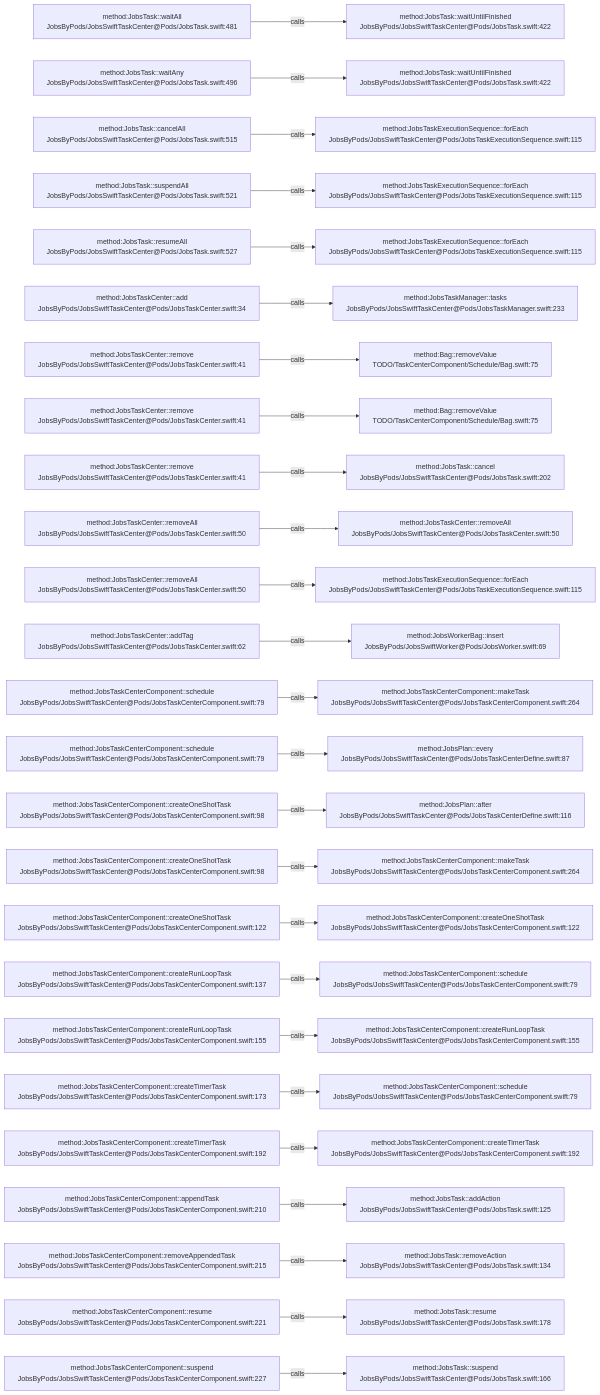
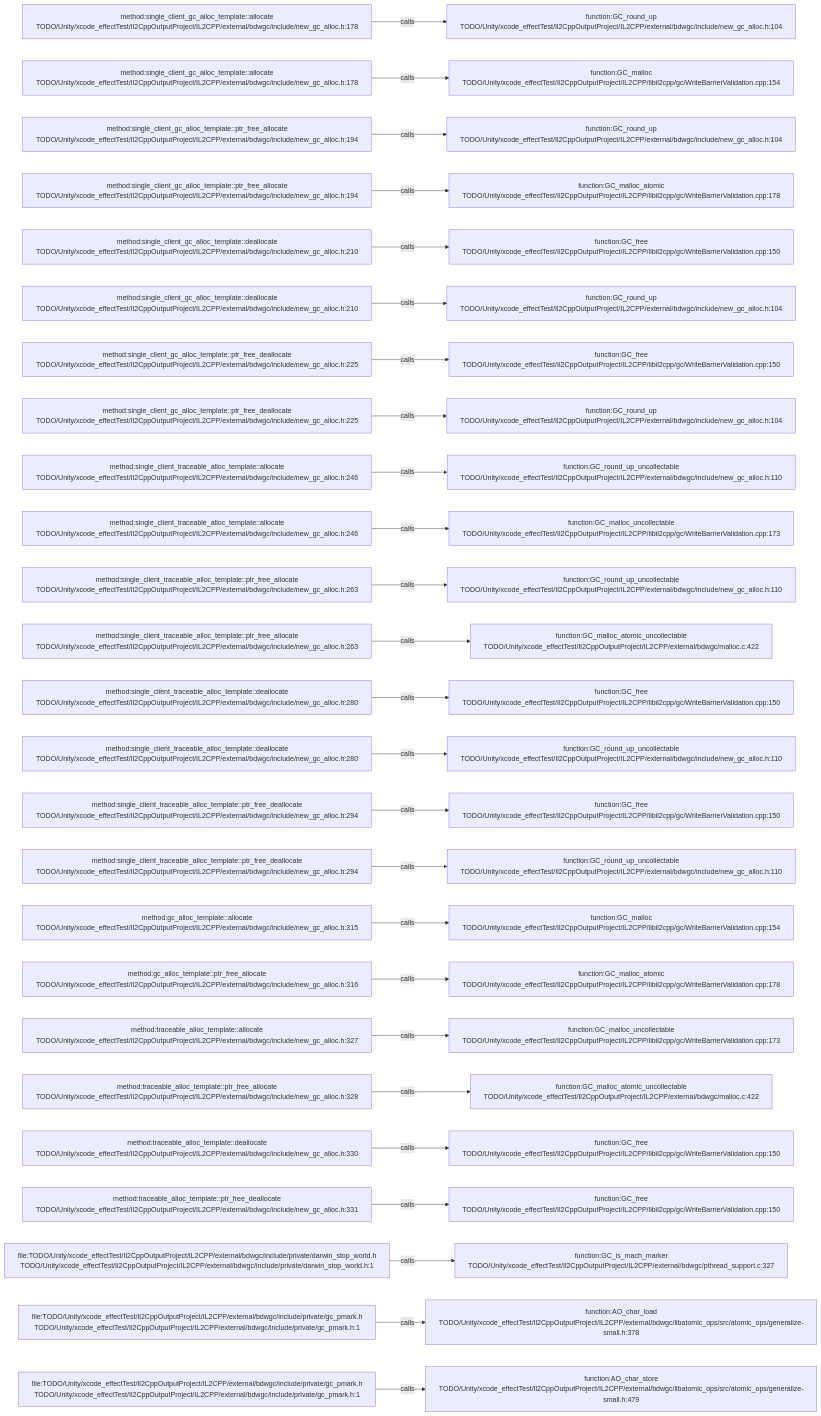
The diagram in .codegraph/codegraph.md/graphs/calls-182.md (JobsKits/JobsSwiftBaseConfigDemo), drawn with Mermaid before and after one commit. The commit also changed 569 other files, not shown here.

````diff
--- a/.codegraph/codegraph.md/graphs/calls-182.md
+++ b/.codegraph/codegraph.md/graphs/calls-182.md
@@ -13,78 +13,78 @@
 ```mermaid
 flowchart LR
-  S1["method:JobsTask::waitAll<br/>JobsByPods/JobsSwiftTaskCenter@Pods/JobsTask.swift:481"]
-  T1["method:JobsTask::waitUntilFinished<br/>JobsByPods/JobsSwiftTaskCenter@Pods/JobsTask.swift:422"]
+  S1["method:single_client_gc_alloc_template::allocate<br/>TODO/Unity/xcode_effectTest/Il2CppOutputProject/IL2CPP/external/bdwgc/include/new_gc_alloc.h:178"]
+  T1["function:GC_round_up<br/>TODO/Unity/xcode_effectTest/Il2CppOutputProject/IL2CPP/external/bdwgc/include/new_gc_alloc.h:104"]
   S1 -->|calls| T1
-  S2["method:JobsTask::waitAny<br/>JobsByPods/JobsSwiftTaskCenter@Pods/JobsTask.swift:496"]
-  T2["method:JobsTask::waitUntilFinished<br/>JobsByPods/JobsSwiftTaskCenter@Pods/JobsTask.swift:422"]
+  S2["method:single_client_gc_alloc_template::allocate<br/>TODO/Unity/xcode_effectTest/Il2CppOutputProject/IL2CPP/external/bdwgc/include/new_gc_alloc.h:178"]
+  T2["function:GC_malloc<br/>TODO/Unity/xcode_effectTest/Il2CppOutputProject/IL2CPP/libil2cpp/gc/WriteBarrierValidation.cpp:154"]
   S2 -->|calls| T2
-  S3["method:JobsTask::cancelAll<br/>JobsByPods/JobsSwiftTaskCenter@Pods/JobsTask.swift:515"]
-  T3["method:JobsTaskExecutionSequence::forEach<br/>JobsByPods/JobsSwiftTaskCenter@Pods/JobsTaskExecutionSequence.swift:115"]
+  S3["method:single_client_gc_alloc_template::ptr_free_allocate<br/>TODO/Unity/xcode_effectTest/Il2CppOutputProject/IL2CPP/external/bdwgc/include/new_gc_alloc.h:194"]
+  T3["function:GC_round_up<br/>TODO/Unity/xcode_effectTest/Il2CppOutputProject/IL2CPP/external/bdwgc/include/new_gc_alloc.h:104"]
   S3 -->|calls| T3
-  S4["method:JobsTask::suspendAll<br/>JobsByPods/JobsSwiftTaskCenter@Pods/JobsTask.swift:521"]
-  T4["method:JobsTaskExecutionSequence::forEach<br/>JobsByPods/JobsSwiftTaskCenter@Pods/JobsTaskExecutionSequence.swift:115"]
+  S4["method:single_client_gc_alloc_template::ptr_free_allocate<br/>TODO/Unity/xcode_effectTest/Il2CppOutputProject/IL2CPP/external/bdwgc/include/new_gc_alloc.h:194"]
+  T4["function:GC_malloc_atomic<br/>TODO/Unity/xcode_effectTest/Il2CppOutputProject/IL2CPP/libil2cpp/gc/WriteBarrierValidation.cpp:178"]
   S4 -->|calls| T4
-  S5["method:JobsTask::resumeAll<br/>JobsByPods/JobsSwiftTaskCenter@Pods/JobsTask.swift:527"]
-  T5["method:JobsTaskExecutionSequence::forEach<br/>JobsByPods/JobsSwiftTaskCenter@Pods/JobsTaskExecutionSequence.swift:115"]
+  S5["method:single_client_gc_alloc_template::deallocate<br/>TODO/Unity/xcode_effectTest/Il2CppOutputProject/IL2CPP/external/bdwgc/include/new_gc_alloc.h:210"]
+  T5["function:GC_free<br/>TODO/Unity/xcode_effectTest/Il2CppOutputProject/IL2CPP/libil2cpp/gc/WriteBarrierValidation.cpp:150"]
   S5 -->|calls| T5
-  S6["method:JobsTaskCenter::add<br/>JobsByPods/JobsSwiftTaskCenter@Pods/JobsTaskCenter.swift:34"]
-  T6["method:JobsTaskManager::tasks<br/>JobsByPods/JobsSwiftTaskCenter@Pods/JobsTaskManager.swift:233"]
+  S6["method:single_client_gc_alloc_template::deallocate<br/>TODO/Unity/xcode_effectTest/Il2CppOutputProject/IL2CPP/external/bdwgc/include/new_gc_alloc.h:210"]
+  T6["function:GC_round_up<br/>TODO/Unity/xcode_effectTest/Il2CppOutputProject/IL2CPP/external/bdwgc/include/new_gc_alloc.h:104"]
   S6 -->|calls| T6
-  S7["method:JobsTaskCenter::remove<br/>JobsByPods/JobsSwiftTaskCenter@Pods/JobsTaskCenter.swift:41"]
-  T7["method:Bag::removeValue<br/>TODO/TaskCenterComponent/Schedule/Bag.swift:75"]
+  S7["method:single_client_gc_alloc_template::ptr_free_deallocate<br/>TODO/Unity/xcode_effectTest/Il2CppOutputProject/IL2CPP/external/bdwgc/include/new_gc_alloc.h:225"]
+  T7["function:GC_free<br/>TODO/Unity/xcode_effectTest/Il2CppOutputProject/IL2CPP/libil2cpp/gc/WriteBarrierValidation.cpp:150"]
   S7 -->|calls| T7
-  S8["method:JobsTaskCenter::remove<br/>JobsByPods/JobsSwiftTaskCenter@Pods/JobsTaskCenter.swift:41"]
-  T8["method:Bag::removeValue<br/>TODO/TaskCenterComponent/Schedule/Bag.swift:75"]
+  S8["method:single_client_gc_alloc_template::ptr_free_deallocate<br/>TODO/Unity/xcode_effectTest/Il2CppOutputProject/IL2CPP/external/bdwgc/include/new_gc_alloc.h:225"]
+  T8["function:GC_round_up<br/>TODO/Unity/xcode_effectTest/Il2CppOutputProject/IL2CPP/external/bdwgc/include/new_gc_alloc.h:104"]
   S8 -->|calls| T8
-  S9["method:JobsTaskCenter::remove<br/>JobsByPods/JobsSwiftTaskCenter@Pods/JobsTaskCenter.swift:41"]
-  T9["method:JobsTask::cancel<br/>JobsByPods/JobsSwiftTaskCenter@Pods/JobsTask.swift:202"]
+  S9["method:single_client_traceable_alloc_template::allocate<br/>TODO/Unity/xcode_effectTest/Il2CppOutputProject/IL2CPP/external/bdwgc/include/new_gc_alloc.h:246"]
+  T9["function:GC_round_up_uncollectable<br/>TODO/Unity/xcode_effectTest/Il2CppOutputProject/IL2CPP/external/bdwgc/include/new_gc_alloc.h:110"]
   S9 -->|calls| T9
-  S10["method:JobsTaskCenter::removeAll<br/>JobsByPods/JobsSwiftTaskCenter@Pods/JobsTaskCenter.swift:50"]
-  T10["method:JobsTaskCenter::removeAll<br/>JobsByPods/JobsSwiftTaskCenter@Pods/JobsTaskCenter.swift:50"]
+  S10["method:single_client_traceable_alloc_template::allocate<br/>TODO/Unity/xcode_effectTest/Il2CppOutputProject/IL2CPP/external/bdwgc/include/new_gc_alloc.h:246"]
+  T10["function:GC_malloc_uncollectable<br/>TODO/Unity/xcode_effectTest/Il2CppOutputProject/IL2CPP/libil2cpp/gc/WriteBarrierValidation.cpp:173"]
   S10 -->|calls| T10
-  S11["method:JobsTaskCenter::removeAll<br/>JobsByPods/JobsSwiftTaskCenter@Pods/JobsTaskCenter.swift:50"]
-  T11["method:JobsTaskExecutionSequence::forEach<br/>JobsByPods/JobsSwiftTaskCenter@Pods/JobsTaskExecutionSequence.swift:115"]
+  S11["method:single_client_traceable_alloc_template::ptr_free_allocate<br/>TODO/Unity/xcode_effectTest/Il2CppOutputProject/IL2CPP/external/bdwgc/include/new_gc_alloc.h:263"]
+  T11["function:GC_round_up_uncollectable<br/>TODO/Unity/xcode_effectTest/Il2CppOutputProject/IL2CPP/external/bdwgc/include/new_gc_alloc.h:110"]
   S11 -->|calls| T11
-  S12["method:JobsTaskCenter::addTag<br/>JobsByPods/JobsSwiftTaskCenter@Pods/JobsTaskCenter.swift:62"]
-  T12["method:JobsWorkerBag::insert<br/>JobsByPods/JobsSwiftWorker@Pods/JobsWorker.swift:69"]
+  S12["method:single_client_traceable_alloc_template::ptr_free_allocate<br/>TODO/Unity/xcode_effectTest/Il2CppOutputProject/IL2CPP/external/bdwgc/include/new_gc_alloc.h:263"]
+  T12["function:GC_malloc_atomic_uncollectable<br/>TODO/Unity/xcode_effectTest/Il2CppOutputProject/IL2CPP/external/bdwgc/malloc.c:422"]
   S12 -->|calls| T12
-  S13["method:JobsTaskCenterComponent::schedule<br/>JobsByPods/JobsSwiftTaskCenter@Pods/JobsTaskCenterComponent.swift:79"]
-  T13["method:JobsTaskCenterComponent::makeTask<br/>JobsByPods/JobsSwiftTaskCenter@Pods/JobsTaskCenterComponent.swift:264"]
+  S13["method:single_client_traceable_alloc_template::deallocate<br/>TODO/Unity/xcode_effectTest/Il2CppOutputProject/IL2CPP/external/bdwgc/include/new_gc_alloc.h:280"]
+  T13["function:GC_free<br/>TODO/Unity/xcode_effectTest/Il2CppOutputProject/IL2CPP/libil2cpp/gc/WriteBarrierValidation.cpp:150"]
   S13 -->|calls| T13
-  S14["method:JobsTaskCenterComponent::schedule<br/>JobsByPods/JobsSwiftTaskCenter@Pods/JobsTaskCenterComponent.swift:79"]
-  T14["method:JobsPlan::every<br/>JobsByPods/JobsSwiftTaskCenter@Pods/JobsTaskCenterDefine.swift:87"]
+  S14["method:single_client_traceable_alloc_template::deallocate<br/>TODO/Unity/xcode_effectTest/Il2CppOutputProject/IL2CPP/external/bdwgc/include/new_gc_alloc.h:280"]
+  T14["function:GC_round_up_uncollectable<br/>TODO/Unity/xcode_effectTest/Il2CppOutputProject/IL2CPP/external/bdwgc/include/new_gc_alloc.h:110"]
   S14 -->|calls| T14
-  S15["method:JobsTaskCenterComponent::createOneShotTask<br/>JobsByPods/JobsSwiftTaskCenter@Pods/JobsTaskCenterComponent.swift:98"]
-  T15["method:JobsPlan::after<br/>JobsByPods/JobsSwiftTaskCenter@Pods/JobsTaskCenterDefine.swift:116"]
+  S15["method:single_client_traceable_alloc_template::ptr_free_deallocate<br/>TODO/Unity/xcode_effectTest/Il2CppOutputProject/IL2CPP/external/bdwgc/include/new_gc_alloc.h:294"]
+  T15["function:GC_free<br/>TODO/Unity/xcode_effectTest/Il2CppOutputProject/IL2CPP/libil2cpp/gc/WriteBarrierValidation.cpp:150"]
   S15 -->|calls| T15
-  S16["method:JobsTaskCenterComponent::createOneShotTask<br/>JobsByPods/JobsSwiftTaskCenter@Pods/JobsTaskCenterComponent.swift:98"]
-  T16["method:JobsTaskCenterComponent::makeTask<br/>JobsByPods/JobsSwiftTaskCenter@Pods/JobsTaskCenterComponent.swift:264"]
+  S16["method:single_client_traceable_alloc_template::ptr_free_deallocate<br/>TODO/Unity/xcode_effectTest/Il2CppOutputProject/IL2CPP/external/bdwgc/include/new_gc_alloc.h:294"]
+  T16["function:GC_round_up_uncollectable<br/>TODO/Unity/xcode_effectTest/Il2CppOutputProject/IL2CPP/external/bdwgc/include/new_gc_alloc.h:110"]
   S16 -->|calls| T16
-  S17["method:JobsTaskCenterComponent::createOneShotTask<br/>JobsByPods/JobsSwiftTaskCenter@Pods/JobsTaskCenterComponent.swift:122"]
-  T17["method:JobsTaskCenterComponent::createOneShotTask<br/>JobsByPods/JobsSwiftTaskCenter@Pods/JobsTaskCenterComponent.swift:122"]
+  S17["method:gc_alloc_template::allocate<br/>TODO/Unity/xcode_effectTest/Il2CppOutputProject/IL2CPP/external/bdwgc/include/new_gc_alloc.h:315"]
+  T17["function:GC_malloc<br/>TODO/Unity/xcode_effectTest/Il2CppOutputProject/IL2CPP/libil2cpp/gc/WriteBarrierValidation.cpp:154"]
   S17 -->|calls| T17
-  S18["method:JobsTaskCenterComponent::createRunLoopTask<br/>JobsByPods/JobsSwiftTaskCenter@Pods/JobsTaskCenterComponent.swift:137"]
-  T18["method:JobsTaskCenterComponent::schedule<br/>JobsByPods/JobsSwiftTaskCenter@Pods/JobsTaskCenterComponent.swift:79"]
+  S18["method:gc_alloc_template::ptr_free_allocate<br/>TODO/Unity/xcode_effectTest/Il2CppOutputProject/IL2CPP/external/bdwgc/include/new_gc_alloc.h:316"]
+  T18["function:GC_malloc_atomic<br/>TODO/Unity/xcode_effectTest/Il2CppOutputProject/IL2CPP/libil2cpp/gc/WriteBarrierValidation.cpp:178"]
   S18 -->|calls| T18
-  S19["method:JobsTaskCenterComponent::createRunLoopTask<br/>JobsByPods/JobsSwiftTaskCenter@Pods/JobsTaskCenterComponent.swift:155"]
-  T19["method:JobsTaskCenterComponent::createRunLoopTask<br/>JobsByPods/JobsSwiftTaskCenter@Pods/JobsTaskCenterComponent.swift:155"]
+  S19["method:traceable_alloc_template::allocate<br/>TODO/Unity/xcode_effectTest/Il2CppOutputProject/IL2CPP/external/bdwgc/include/new_gc_alloc.h:327"]
+  T19["function:GC_malloc_uncollectable<br/>TODO/Unity/xcode_effectTest/Il2CppOutputProject/IL2CPP/libil2cpp/gc/WriteBarrierValidation.cpp:173"]
   S19 -->|calls| T19
-  S20["method:JobsTaskCenterComponent::createTimerTask<br/>JobsByPods/JobsSwiftTaskCenter@Pods/JobsTaskCenterComponent.swift:173"]
-  T20["method:JobsTaskCenterComponent::schedule<br/>JobsByPods/JobsSwiftTaskCenter@Pods/JobsTaskCenterComponent.swift:79"]
+  S20["method:traceable_alloc_template::ptr_free_allocate<br/>TODO/Unity/xcode_effectTest/Il2CppOutputProject/IL2CPP/external/bdwgc/include/new_gc_alloc.h:328"]
+  T20["function:GC_malloc_atomic_uncollectable<br/>TODO/Unity/xcode_effectTest/Il2CppOutputProject/IL2CPP/external/bdwgc/malloc.c:422"]
   S20 -->|calls| T20
-  S21["method:JobsTaskCenterComponent::createTimerTask<br/>JobsByPods/JobsSwiftTaskCenter@Pods/JobsTaskCenterComponent.swift:192"]
-  T21["method:JobsTaskCenterComponent::createTimerTask<br/>JobsByPods/JobsSwiftTaskCenter@Pods/JobsTaskCenterComponent.swift:192"]
+  S21["method:traceable_alloc_template::deallocate<br/>TODO/Unity/xcode_effectTest/Il2CppOutputProject/IL2CPP/external/bdwgc/include/new_gc_alloc.h:330"]
+  T21["function:GC_free<br/>TODO/Unity/xcode_effectTest/Il2CppOutputProject/IL2CPP/libil2cpp/gc/WriteBarrierValidation.cpp:150"]
   S21 -->|calls| T21
-  S22["method:JobsTaskCenterComponent::appendTask<br/>JobsByPods/JobsSwiftTaskCenter@Pods/JobsTaskCenterComponent.swift:210"]
-  T22["method:JobsTask::addAction<br/>JobsByPods/JobsSwiftTaskCenter@Pods/JobsTask.swift:125"]
+  S22["method:traceable_alloc_template::ptr_free_deallocate<br/>TODO/Unity/xcode_effectTest/Il2CppOutputProject/IL2CPP/external/bdwgc/include/new_gc_alloc.h:331"]
+  T22["function:GC_free<br/>TODO/Unity/xcode_effectTest/Il2CppOutputProject/IL2CPP/libil2cpp/gc/WriteBarrierValidation.cpp:150"]
   S22 -->|calls| T22
-  S23["method:JobsTaskCenterComponent::removeAppendedTask<br/>JobsByPods/JobsSwiftTaskCenter@Pods/JobsTaskCenterComponent.swift:215"]
-  T23["method:JobsTask::removeAction<br/>JobsByPods/JobsSwiftTaskCenter@Pods/JobsTask.swift:134"]
+  S23["file:TODO/Unity/xcode_effectTest/Il2CppOutputProject/IL2CPP/external/bdwgc/include/private/darwin_stop_world.h<br/>TODO/Unity/xcode_effectTest/Il2CppOutputProject/IL2CPP/external/bdwgc/include/private/darwin_stop_world.h:1"]
+  T23["function:GC_is_mach_marker<br/>TODO/Unity/xcode_effectTest/Il2CppOutputProject/IL2CPP/external/bdwgc/pthread_support.c:327"]
   S23 -->|calls| T23
-  S24["method:JobsTaskCenterComponent::resume<br/>JobsByPods/JobsSwiftTaskCenter@Pods/JobsTaskCenterComponent.swift:221"]
-  T24["method:JobsTask::resume<br/>JobsByPods/JobsSwiftTaskCenter@Pods/JobsTask.swift:178"]
+  S24["file:TODO/Unity/xcode_effectTest/Il2CppOutputProject/IL2CPP/external/bdwgc/include/private/gc_pmark.h<br/>TODO/Unity/xcode_effectTest/Il2CppOutputProject/IL2CPP/external/bdwgc/include/private/gc_pmark.h:1"]
+  T24["function:AO_char_load<br/>TODO/Unity/xcode_effectTest/Il2CppOutputProject/IL2CPP/external/bdwgc/libatomic_ops/src/atomic_ops/generalize-small.h:378"]
   S24 -->|calls| T24
-  S25["method:JobsTaskCenterComponent::suspend<br/>JobsByPods/JobsSwiftTaskCenter@Pods/JobsTaskCenterComponent.swift:227"]
-  T25["method:JobsTask::suspend<br/>JobsByPods/JobsSwiftTaskCenter@Pods/JobsTask.swift:166"]
+  S25["file:TODO/Unity/xcode_effectTest/Il2CppOutputProject/IL2CPP/external/bdwgc/include/private/gc_pmark.h<br/>TODO/Unity/xcode_effectTest/Il2CppOutputProject/IL2CPP/external/bdwgc/include/private/gc_pmark.h:1"]
+  T25["function:AO_char_store<br/>TODO/Unity/xcode_effectTest/Il2CppOutputProject/IL2CPP/external/bdwgc/libatomic_ops/src/atomic_ops/generalize-small.h:479"]
   S25 -->|calls| T25
 ```
````
